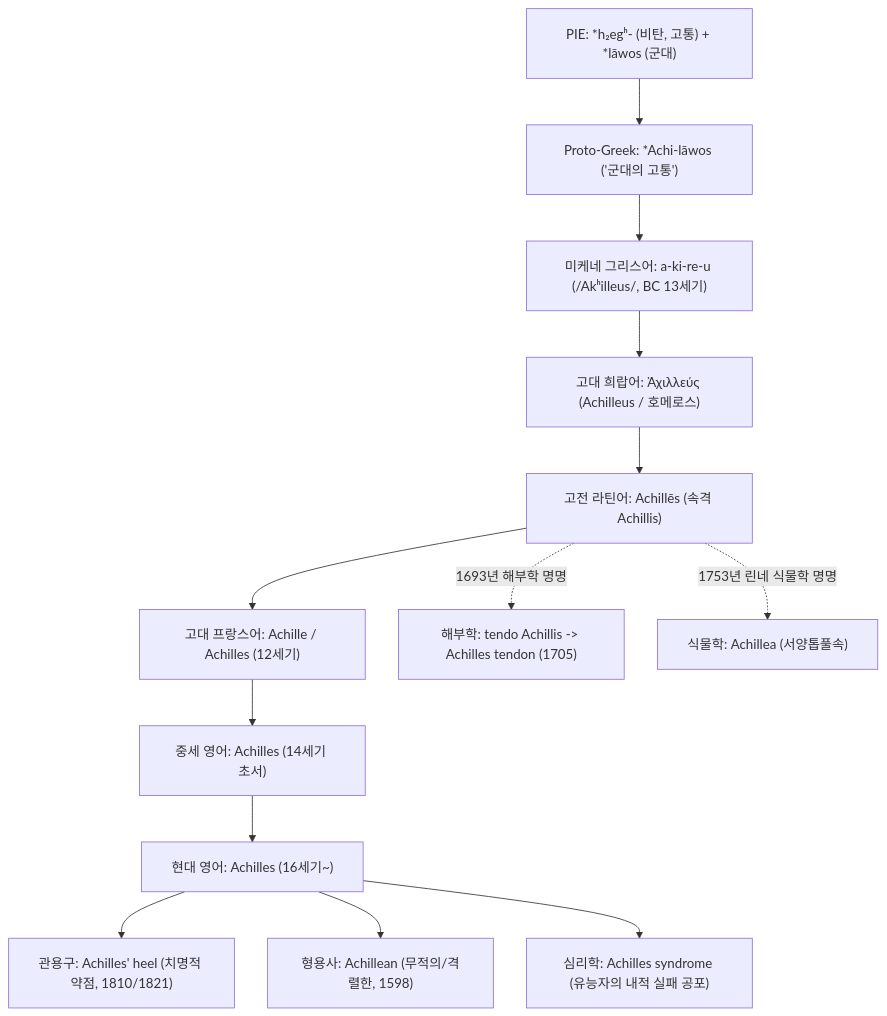
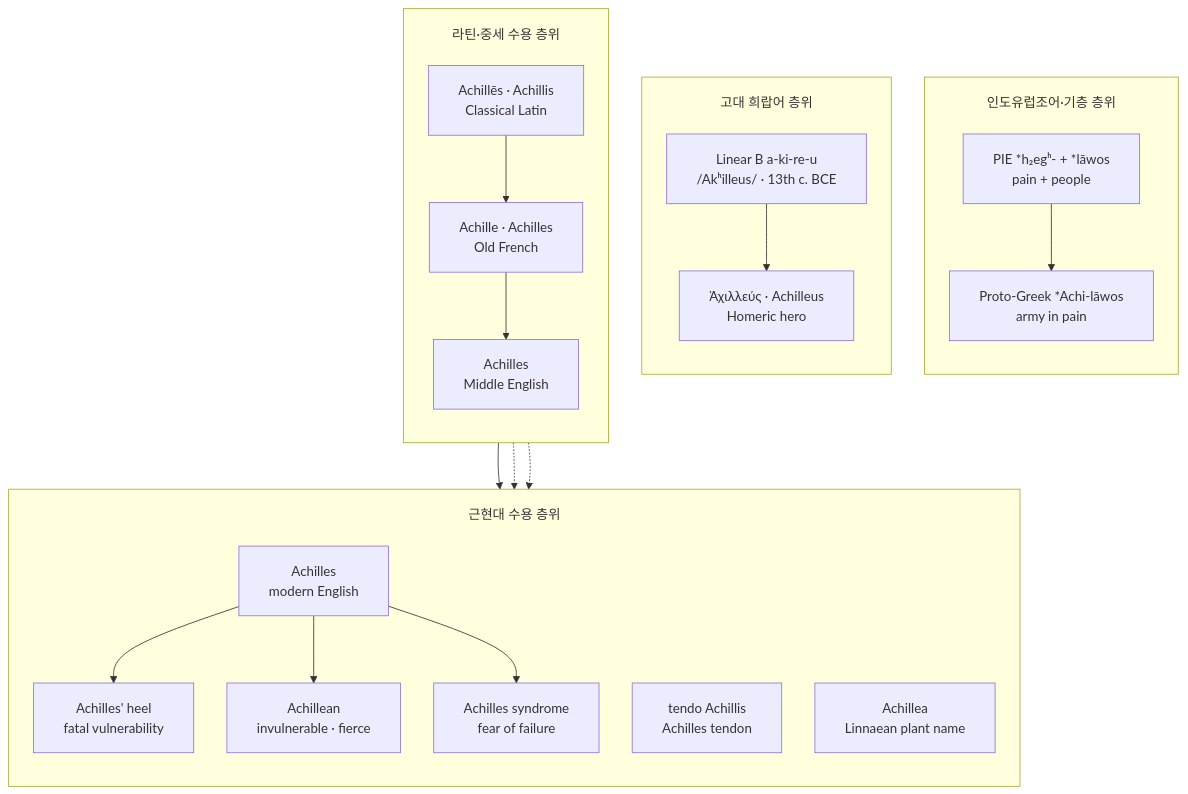
The first of 3 diagrams in words/word-achilles.md (YgHnSIM/Homer_wiki), drawn with Mermaid before and after one commit. The commit also changed other lines of this file, not shown here.

Commit message:
refactor(word-achilles): Type C etymology Mermaid

````diff
--- a/words/word-achilles.md
+++ b/words/word-achilles.md
@@ -46,23 +46,38 @@
 ```mermaid
 %%{init: {'flowchart': {'useMaxWidth': true, 'nodeSpacing': 40, 'rankSpacing': 56, 'padding': 18, 'subGraphTitleMargin': {'top': 18, 'bottom': 10}}}}%%
 flowchart TD
-    %% 고대 어원 및 그리스어 성립
-    PIE["PIE: *h₂egʰ- (비탄, 고통) + *lāwos (군대)"] --> PGRK["Proto-Greek: *Achi-lāwos ('군대의 고통')"]
-    PGRK --> MYC["미케네 그리스어: a-ki-re-u (/Akʰilleus/, BC 13세기)"]
-    MYC --> GRK["고대 희랍어: Ἀχιλλεύς (Achilleus / 호메로스)"]
-
-    %% 서구어 및 영어 전파 경로
-    GRK --> LAT["고전 라틴어: Achillēs (속격 Achillis)"]
-    LAT --> OFR["고대 프랑스어: Achille / Achilles (12세기)"]
-    OFR --> ME["중세 영어: Achilles (14세기 초서)"]
-    ME --> MOD["현대 영어: Achilles (16세기~)"]
-
-    %% 현대 파생어 및 문화적 관용표현
-    MOD --> IDIOM["관용구: Achilles' heel (치명적 약점, 1810/1821)"]
-    MOD --> ADJ["형용사: Achillean (무적의/격렬한, 1598)"]
-    MOD --> PSYCH["심리학: Achilles syndrome (유능자의 내적 실패 공포)"]
-
-    %% 전문 학술 명명 (라틴어 직수용)
-    LAT -.->|1693년 해부학 명명| ANAT["해부학: tendo Achillis -> Achilles tendon (1705)"]
-    LAT -.->|1753년 린네 식물학 명명| BOT["식물학: Achillea (서양톱풀속)"]
+    subgraph PIE_Stage ["인도유럽조어·기층 층위"]
+        direction TB
+        PIE["PIE *h₂egʰ- + *lāwos<br/>pain + people"]:::substrate
+        PGRK["Proto-Greek *Achi-lāwos<br/>army in pain"]:::variant
+        PIE --> PGRK
+    end
+    subgraph Greek_Stage ["고대 희랍어 층위"]
+        direction TB
+        MYC["Linear B a-ki-re-u<br/>/Akʰilleus/ · 13th c. BCE"]:::greek
+        GRK["Ἀχιλλεύς · Achilleus<br/>Homeric hero"]:::focus
+        MYC --> GRK
+    end
+    subgraph Latin_Stage ["라틴·중세 수용 층위"]
+        direction TB
+        LAT["Achillēs · Achillis<br/>Classical Latin"]:::latin
+        OFR["Achille · Achilles<br/>Old French"]:::latin
+        ME["Achilles<br/>Middle English"]:::latin
+        LAT --> OFR --> ME
+    end
+    subgraph Modern_Stage ["근현대 수용 층위"]
+        direction TB
+        MOD["Achilles<br/>modern English"]:::english
+        HEEL["Achilles' heel<br/>fatal vulnerability"]:::english
+        ADJ["Achillean<br/>invulnerable · fierce"]:::english
+        PSYCH["Achilles syndrome<br/>fear of failure"]:::english
+        TENDON["tendo Achillis<br/>Achilles tendon"]:::note
+        BOT["Achillea<br/>Linnaean plant name"]:::note
+        ME --> MOD
+        MOD --> HEEL
+        MOD --> ADJ
+        MOD --> PSYCH
+        LAT -.-> TENDON
+        LAT -.-> BOT
+    end
 ```
````
